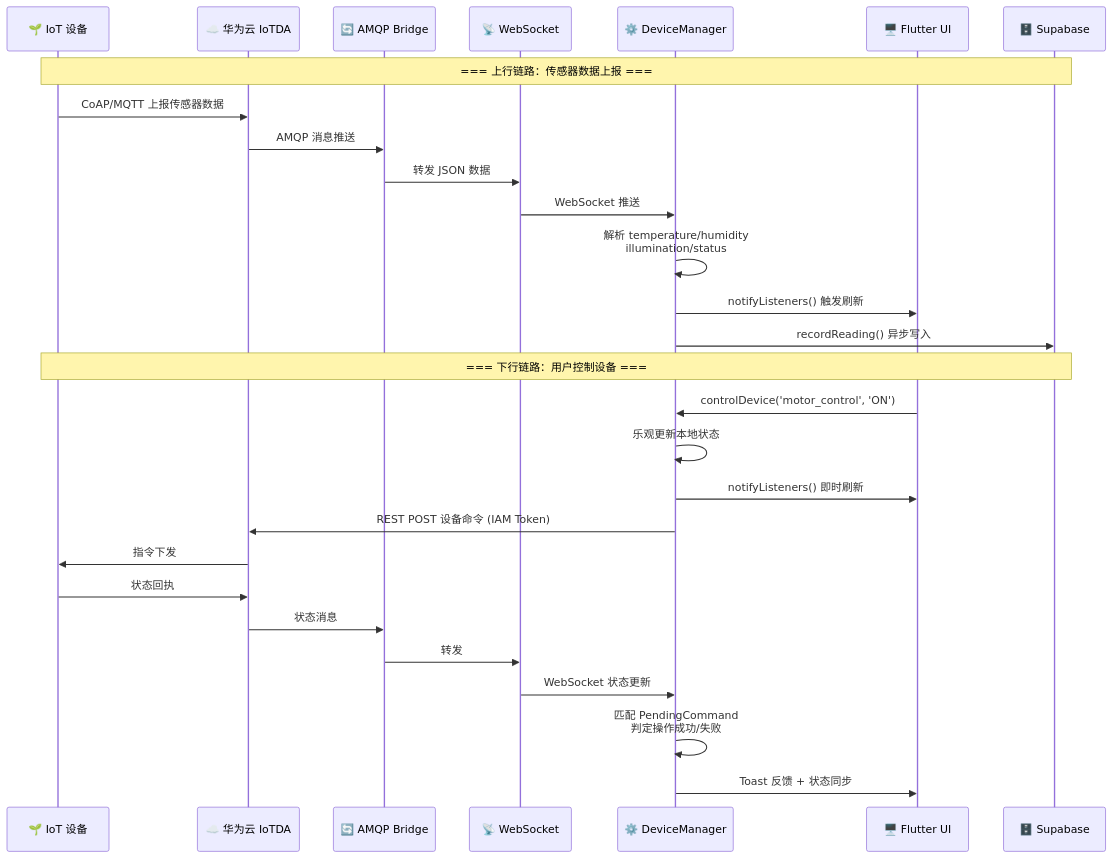
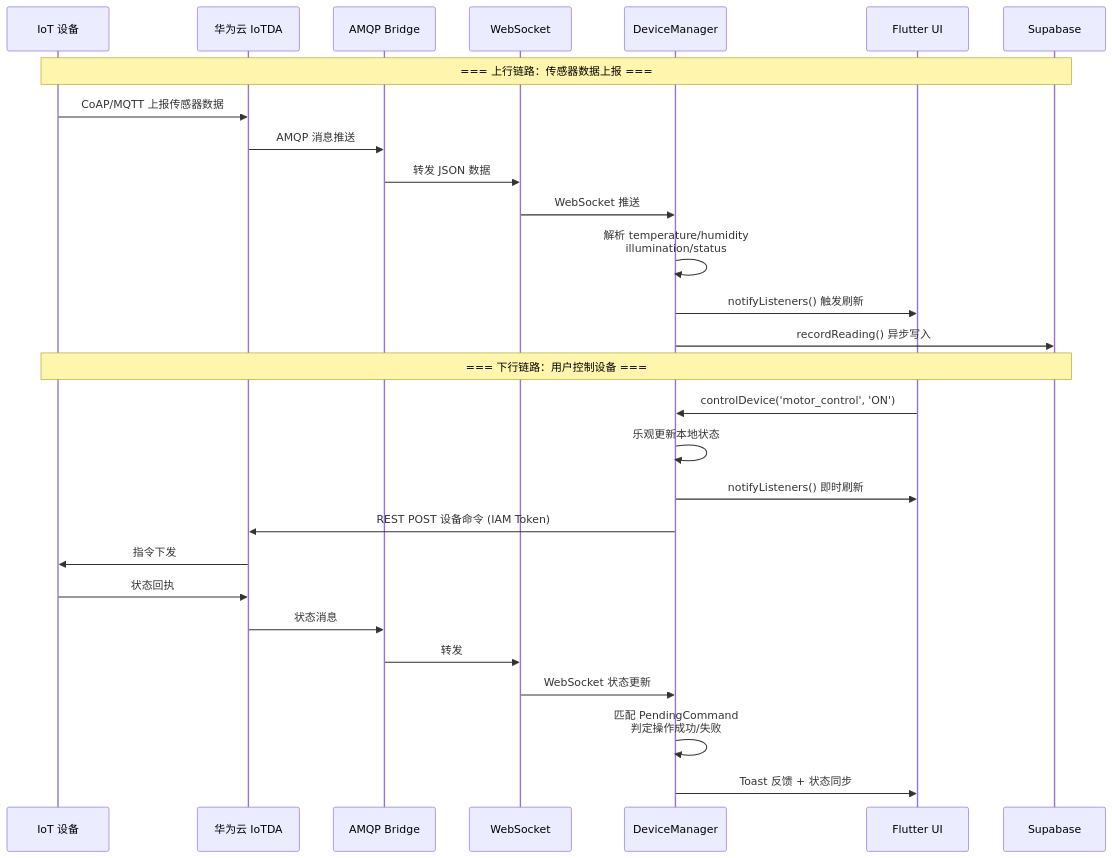
Before and after one commit to 42419/smartfarm_flutter: the second of 3 diagrams in README.md, drawn with Mermaid. The commit also changed other lines of this file and 48 other files, not shown here.

````diff
--- a/README.md
+++ b/README.md
@@ -105,34 +117,34 @@
 ```mermaid
 sequenceDiagram
-    participant D as 🌱 IoT 设备
-    participant IoTDA as ☁️ 华为云 IoTDA
-    participant AMQP as 🔄 AMQP Bridge
-    participant WS as 📡 WebSocket
-    participant DM as ⚙️ DeviceManager
-    participant UI as 🖥️ Flutter UI
-    participant SB as 🗄️ Supabase
+    participant D as  IoT 设备
+    participant IoTDA as  华为云 IoTDA
+    participant AMQP as  AMQP Bridge
+    participant WS as  WebSocket
+    participant DM as  DeviceManager
+    participant UI as  Flutter UI
+    participant SB as  Supabase
 
     Note over D,SB: === 上行链路：传感器数据上报 ===
 
     D->>IoTDA: CoAP/MQTT 上报传感器数据
     IoTDA->>AMQP: AMQP 消息推送
     AMQP->>WS: 转发 JSON 数据
     WS->>DM: WebSocket 推送
     DM->>DM: 解析 temperature/humidity<br/>illumination/status
     DM->>UI: notifyListeners() 触发刷新
     DM->>SB: recordReading() 异步写入
 
     Note over D,SB: === 下行链路：用户控制设备 ===
 
     UI->>DM: controlDevice('motor_control', 'ON')
     DM->>DM: 乐观更新本地状态
     DM->>UI: notifyListeners() 即时刷新
     DM->>IoTDA: REST POST 设备命令 (IAM Token)
     IoTDA->>D: 指令下发
     D->>IoTDA: 状态回执
     IoTDA->>AMQP: 状态消息
     AMQP->>WS: 转发
     WS->>DM: WebSocket 状态更新
     DM->>DM: 匹配 PendingCommand<br/>判定操作成功/失败
     DM->>UI: Toast 反馈 + 状态同步
 ```
````
